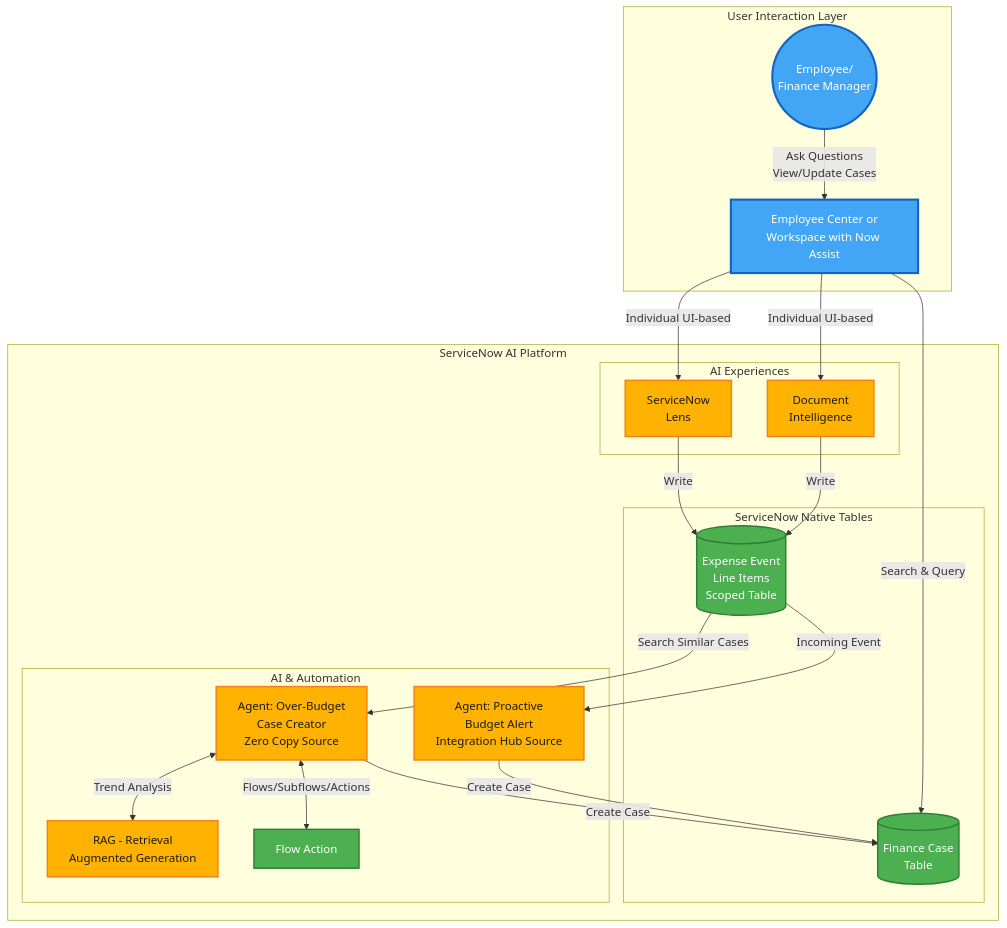
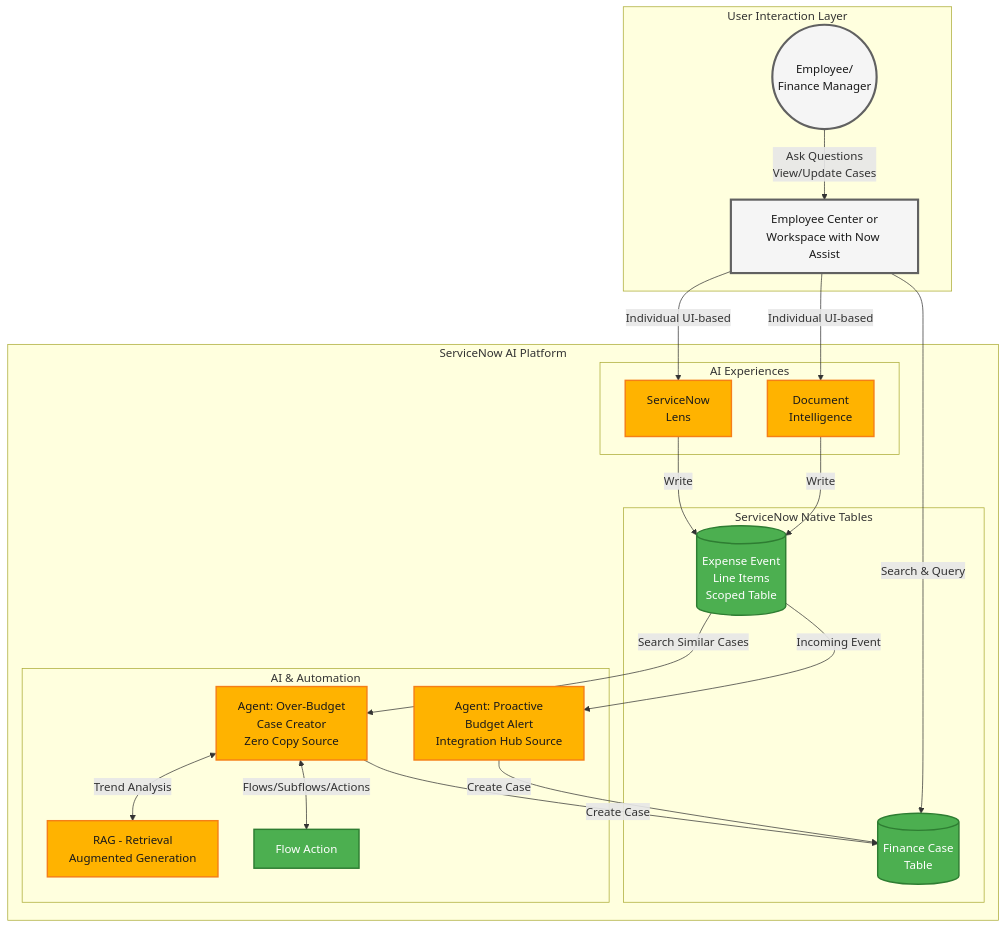
Before and after one commit to leojacinto/WorkflowDataFabric-TypeA: the diagram in extended-exercises/lab-exercise-servicenow-lens-and-document-intelligence.md, drawn with Mermaid. The commit also changed other lines of this file and 5 other files, not shown here.

````diff
--- a/extended-exercises/lab-exercise-servicenow-lens-and-document-intelligence.md
+++ b/extended-exercises/lab-exercise-servicenow-lens-and-document-intelligence.md
@@ -35,56 +35,56 @@
 ```mermaid
 graph TB
     subgraph "User Interaction Layer"
         Employee((Employee/<br/>Finance Manager))
         EC[Employee Center or<br/>Workspace with Now Assist]
     end
 
     subgraph "ServiceNow AI Platform"
         subgraph "ServiceNow Native Tables"
             ExpenseTable[(Expense Event<br/>Line Items<br/>Scoped Table)]
             FinCase[(Finance Case<br/>Table)]
         end
 
         subgraph "AI & Automation"
             Agent1[Agent: Over-Budget<br/>Case Creator<br/>Zero Copy Source]
             Agent2[Agent: Proactive<br/>Budget Alert<br/>Integration Hub Source]
             RAG[RAG - Retrieval<br/>Augmented Generation]
             FlowAction[Flow Action]
         end
         subgraph "AI Experiences"
             Lens["ServiceNow</br>Lens"]
             DocIntel["Document</br>Intelligence"]
         end
     end
 
 
     %% Data Flow Connections
     EC -->|Individual UI-based| Lens -->|Write| ExpenseTable
     EC -->|Individual UI-based| DocIntel -->|Write| ExpenseTable
 
     %% Agent 1 Workflow - Zero Copy Source
     ExpenseTable -->|Search Similar Cases| Agent1
     Agent1 -->|Create Case| FinCase
     Agent1 <-->|Trend Analysis| RAG
     Agent1 <-->|Flows/Subflows/Actions| FlowAction
 
     %% Agent 2 Workflow - Integration Hub Source
     ExpenseTable -->|Incoming Event| Agent2
     Agent2 -->|Create Case| FinCase
 
     %% User Interaction Connections
     Employee -->|Ask Questions<br/>View/Update Cases| EC
     EC -->|Search & Query| FinCase
 
 
     %% Styling
-    classDef user fill:#42A5F5,stroke:#1565C0,stroke-width:3px,color:#fff
+    classDef user fill:#F5F5F5,stroke:#616161,stroke-width:3px,color:#1a1a1a
     classDef nowassist fill:#FFB300,stroke:#F57F17,stroke-width:2px,color:#1a1a1a
     classDef platform fill:#4CAF50,stroke:#2E7D32,stroke-width:2px,color:#fff
 
     class ExpenseTable,FinCase platform
     class Agent1,Agent2,RAG nowassist
     class FlowAction platform
     class Lens,DocIntel nowassist
     class Employee,EC user
 ```
````
